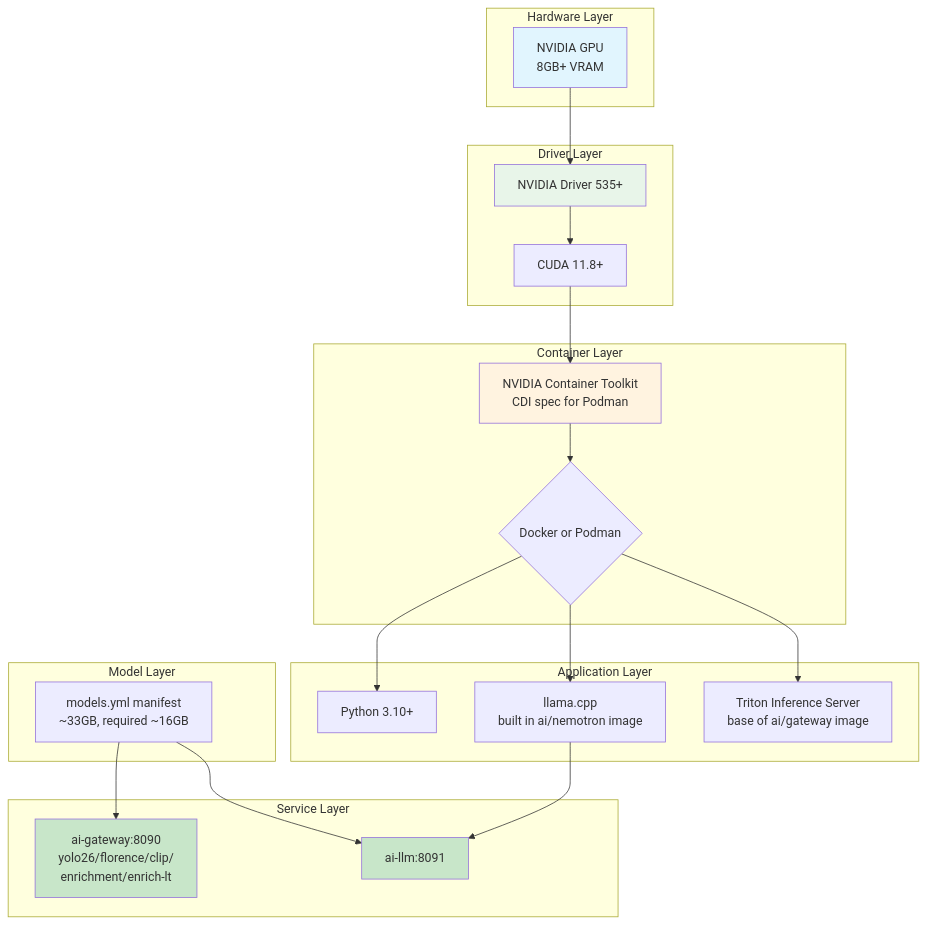
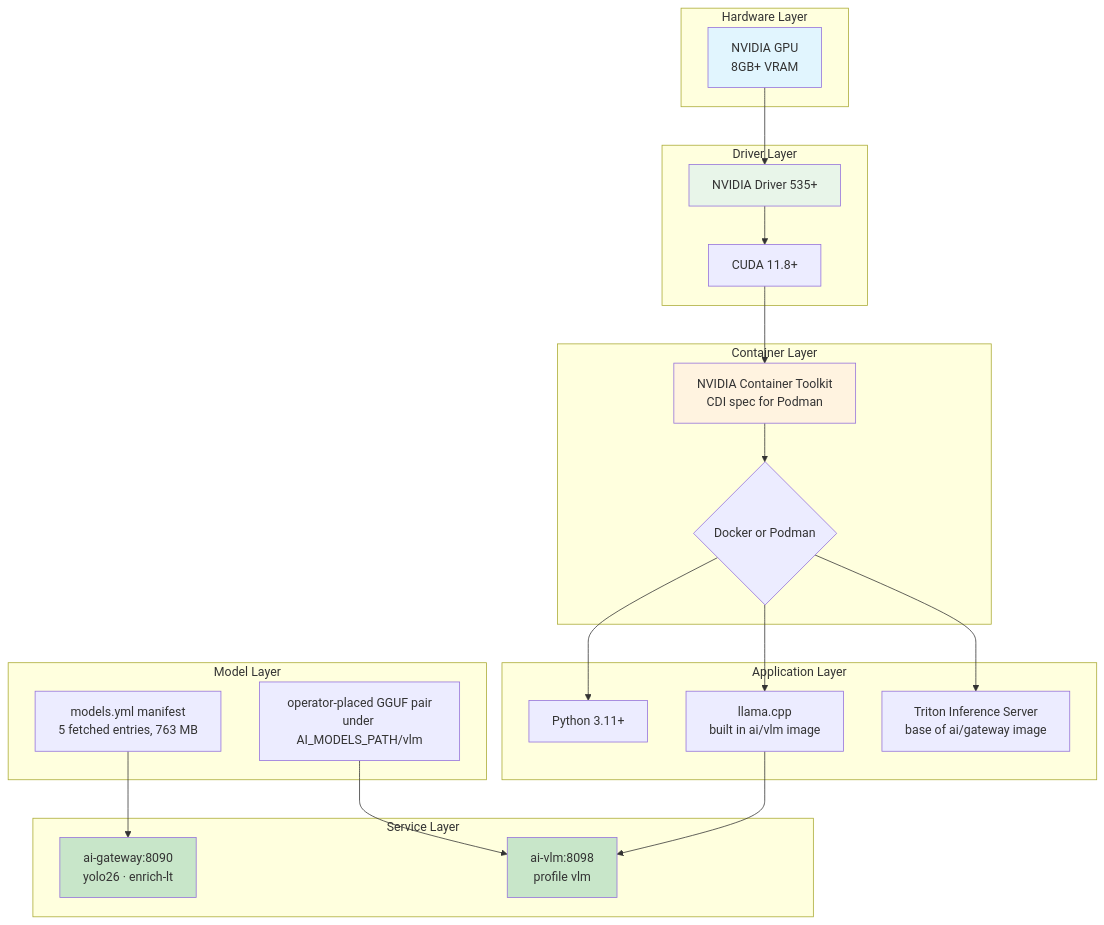
One commit to mikesvoboda/nemotron-v3-home-security-intelligence changed the diagram in docs/operator/ai-installation.md. Above: the diagram before and after it, drawn with Mermaid. The commit also changed other lines of this file and 231 other files, not shown here.

````diff
--- a/docs/operator/ai-installation.md
+++ b/docs/operator/ai-installation.md
@@ -58,50 +62,51 @@
 ```mermaid
 flowchart TD
     subgraph "Hardware Layer"
         GPU[NVIDIA GPU<br/>8GB+ VRAM]
     end
 
     subgraph "Driver Layer"
         Driver[NVIDIA Driver 535+]
         CUDA[CUDA 11.8+]
     end
 
     subgraph "Container Layer"
         Toolkit[NVIDIA Container Toolkit<br/>CDI spec for Podman]
         Runtime{Docker or Podman}
     end
 
     subgraph "Application Layer"
-        Python[Python 3.10+]
-        Llama[llama.cpp<br/>built in ai/nemotron image]
+        Python[Python 3.11+]
+        Llama[llama.cpp<br/>built in ai/vlm image]
         Triton[Triton Inference Server<br/>base of ai/gateway image]
     end
 
     subgraph "Model Layer"
-        Models[models.yml manifest<br/>~33GB, required ~16GB]
+        Models[models.yml manifest<br/>5 fetched entries, 763 MB]
+        VlmW[operator-placed GGUF pair<br/>under AI_MODELS_PATH/vlm]
     end
 
     subgraph "Service Layer"
-        Gateway[ai-gateway:8090<br/>yolo26/florence/clip/<br/>enrichment/enrich-lt]
-        LLM[ai-llm:8091]
+        Gateway[ai-gateway:8090<br/>yolo26 · enrich-lt]
+        Vlm[ai-vlm:8098<br/>profile vlm]
     end
 
     GPU --> Driver
     Driver --> CUDA
     CUDA --> Toolkit
     Toolkit --> Runtime
 
     Runtime --> Python
     Runtime --> Llama
     Runtime --> Triton
 
     Models --> Gateway
-    Models --> LLM
-    Llama --> LLM
+    VlmW --> Vlm
+    Llama --> Vlm
 
     style GPU fill:#e1f5fe
     style Driver fill:#e8f5e9
     style Toolkit fill:#fff3e0
     style Gateway fill:#c8e6c9
-    style LLM fill:#c8e6c9
+    style Vlm fill:#c8e6c9
 ```
````
